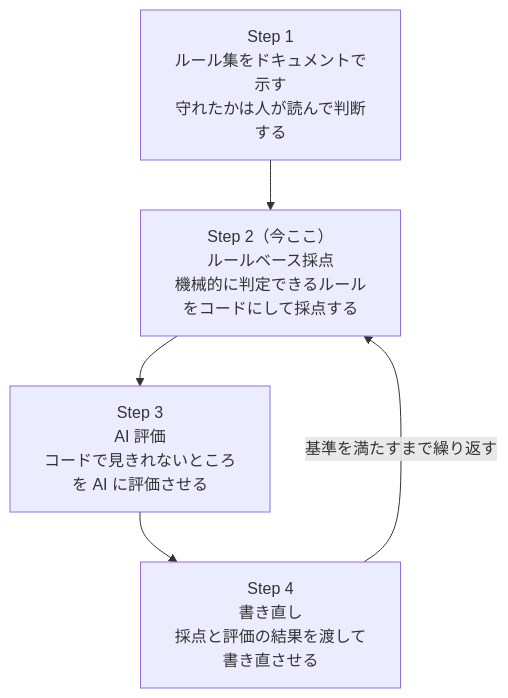
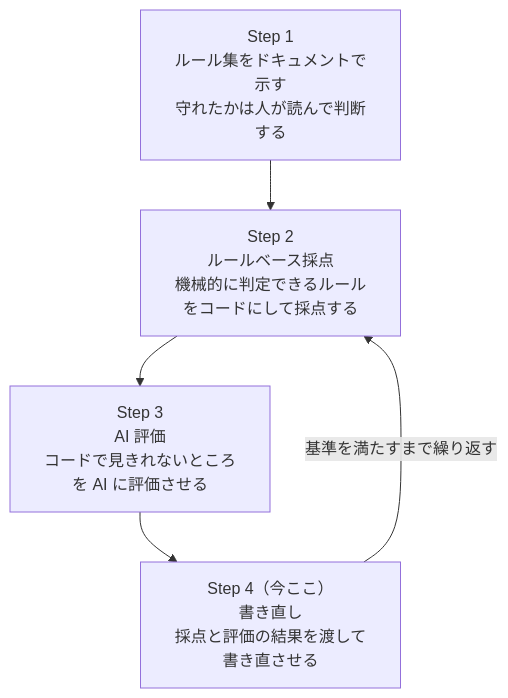
Before and after one commit to knk1313/docs-rules: the diagram in README.md, drawn with Mermaid. The commit also changed other lines of this file and 10 other files, not shown here.

````diff
--- a/README.md
+++ b/README.md
@@ -134,10 +134,10 @@
 ```mermaid
 flowchart TD
     S1["Step 1<br>ルール集をドキュメントで示す<br>守れたかは人が読んで判断する"]
-    S2["Step 2（今ここ）<br>ルールベース採点<br>機械的に判定できるルールをコードにして採点する"]
+    S2["Step 2<br>ルールベース採点<br>機械的に判定できるルールをコードにして採点する"]
     S3["Step 3<br>AI 評価<br>コードで見きれないところを AI に評価させる"]
-    S4["Step 4<br>書き直し<br>採点と評価の結果を渡して書き直させる"]
+    S4["Step 4（今ここ）<br>書き直し<br>採点と評価の結果を渡して書き直させる"]
 
     S1 --> S2 --> S3 --> S4
     S4 -->|"基準を満たすまで繰り返す"| S2
 ```
````
